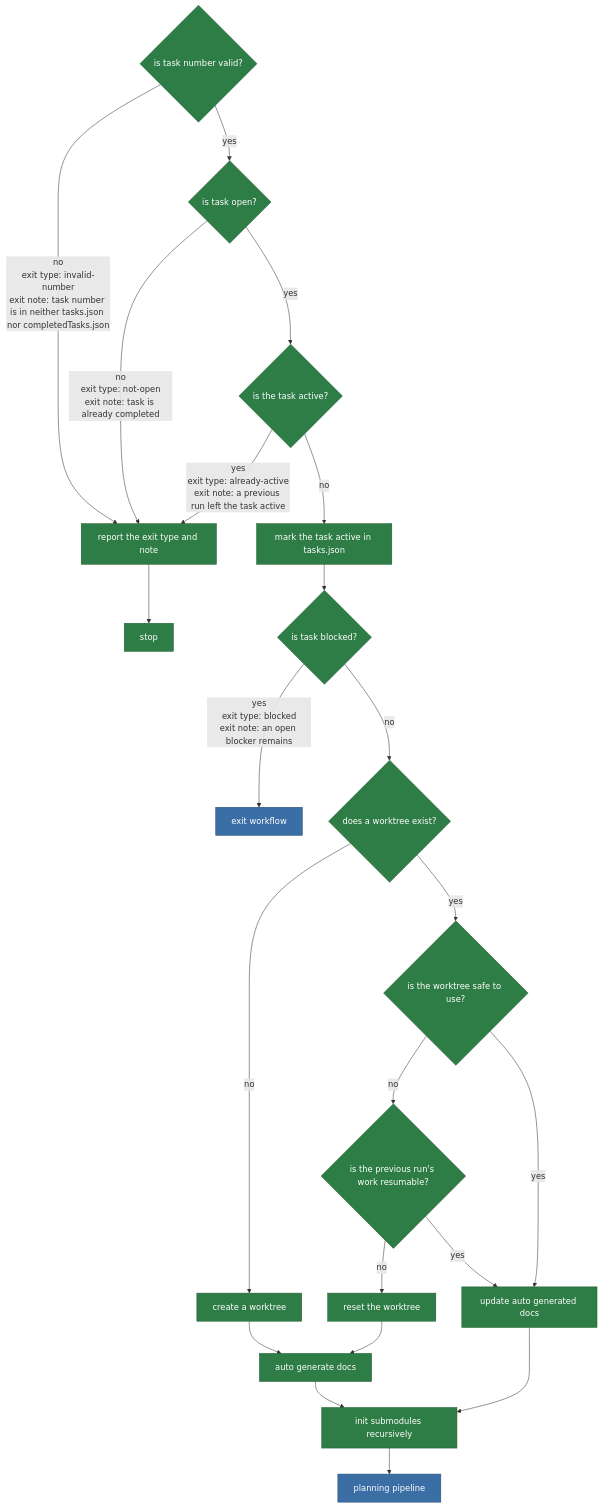
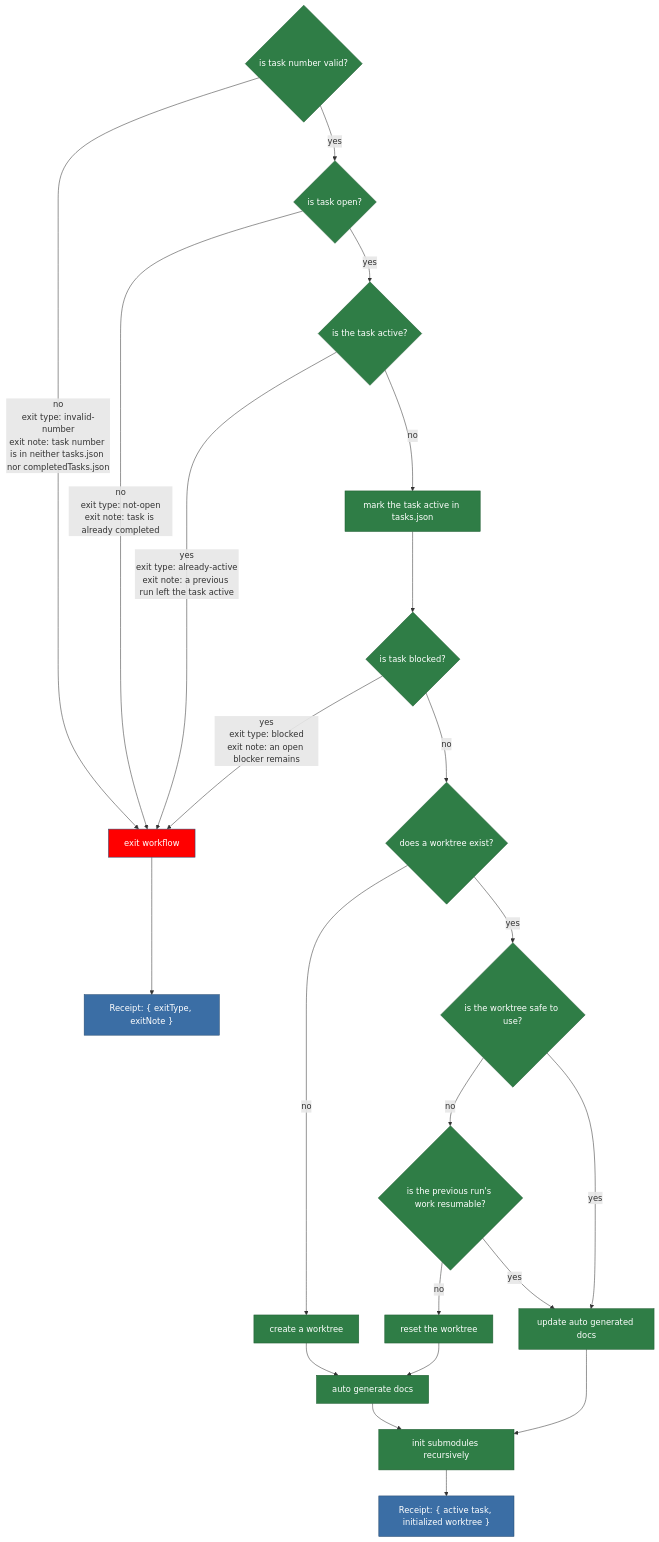
Before and after one commit to matkatmusic/taskTools: the diagram in plans/diagram/pipeline-preamble.mmd, drawn with Mermaid.

Commit message:
added receipt outputs to pipeline preamble

```diff
--- a/plans/diagram/pipeline-preamble.mmd
+++ b/plans/diagram/pipeline-preamble.mmd
@@ -1,73 +1,77 @@
 flowchart TB
 %% PREAMBLE PIPELINE. Split from pipeline.mmd. Starts at the task number.
-%% Ends by handing an initialized worktree to the planning pipeline, or a stop.
+%% Ends with an active task and an initialized worktree, or with an exit.
 %% Rules that apply everywhere, not steps:
 %%   1. Every git interaction goes through a script. Never prose.
 %%   2. Every read and write of tasks.json is atomic.
 %%   3. A script that fails operationally, as opposed to returning a verdict,
 %%      exits the run as run-failed. No step is retried after it has mutated
 %%      anything. How far the exit workflow can run depends on where the failure
 %%      happened, and there are three cases in this phase:
 %%        before the task is active - report and stop; there is no run to write to
 %%        active, no worktree      - exit workflow runs; modified files records []
 %%        active, with worktree    - exit workflow runs in full
 %%   4. A mutating box whose result is lost is never blindly retried and never
 %%      assumed failed. Each one has a read-only reconciliation check that reads
 %%      the world and decides whether it already happened. A safe idempotent
 %%      rerun happens only after reconciliation proves it did not complete. Only
 %%      an ambiguous loss is run-failed.
 %%   5. A task stays unavailable to another run from "mark the task active" until its
 %%      archive lands. "is the task active?" and "mark the task active" are drawn as two
 %%      boxes but are one atomic read-modify-write of tasks.json under rule 2: nothing can
 %%      make the task active between the two.
 %% Diamond definitions where the name alone is not enough:
 %%   is the worktree safe to use?      - structural: it opens, it is on the task's
 %%                                       branch, its submodules are intact
 %%   is the previous run's work resumable?
 %%                                     - did the previous implementor record where
 %%                                       in the plan it stopped?
 %% Exit types this pipeline can produce:
 %%   invalid-number     - not in tasks.json or completedTasks.json
 %%   not-open           - already completed
 %%   already-active     - a previous run left the task active
 %%   blocked            - an open blocker remains
 %%   run-failed         - a script failed operationally
 %% run-failed is deliberately not drawn as an edge. It can leave ANY green box,
 %% so drawing it would add one edge per box and hide the flow. Rule 3 is its
 %% specification: a non-zero exit from any script goes straight to the exit
 %% workflow with exit type run-failed and the script's stderr as the note.
+%% Every exit here goes to the exit workflow, which picks its own tail.
 %% invalid-number, not-open and already-active are the only exits that write
 %% nothing to tasks.json: the first two have no open task record to write to, and
-%% the third must not touch a run that belongs to another invocation. All three
-%% report and stop. Every other exit runs the exit workflow.
-%% The initialized worktree this pipeline emits is the input to the planning pipeline.
+%% the third must not touch a run that belongs to another invocation. The exit
+%% workflow gives those three its report-only tail; blocked and run-failed get
+%% the full tail. That choice is drawn there, not here.
+%% The active task and initialized worktree this pipeline emits are the input to
+%% the planning pipeline.
 
-  QV{"is task number valid?"} -- "no<br/>exit type: invalid-number<br/>exit note: task number is in neither tasks.json nor completedTasks.json" --> REPORTEDGE
+  QV{"is task number valid?"} -- "no<br/>exit type: invalid-number<br/>exit note: task number is in neither tasks.json nor completedTasks.json" --> EXITWF
   QV -- yes --> Q0{"is task open?"}
-  Q0 -- "no<br/>exit type: not-open<br/>exit note: task is already completed" --> REPORTEDGE
+  Q0 -- "no<br/>exit type: not-open<br/>exit note: task is already completed" --> EXITWF
   Q0 -- yes --> QA{"is the task active?"}
-  QA -- "yes<br/>exit type: already-active<br/>exit note: a previous run left the task active" --> REPORTEDGE
+  QA -- "yes<br/>exit type: already-active<br/>exit note: a previous run left the task active" --> EXITWF
   QA -- no --> MARK["mark the task active in tasks.json"]
   MARK --> QB{"is task blocked?"}
   QB -- "yes<br/>exit type: blocked<br/>exit note: an open blocker remains" --> EXITWF
   QB -- no --> Q1{"does a worktree exist?"}
   Q1 -- no --> NEW["create a worktree"]
   NEW --> GEN["auto generate docs"]
   GEN --> INIT
   Q1 -- yes --> QS{"is the worktree safe to use?"}
   QS -- no --> QRS{"is the previous run's work resumable?"}
   QRS -- no --> RESET["reset the worktree"]
   RESET --> GEN
   QRS -- yes --> UPD
   QS -- yes --> UPD["update auto generated docs"]
   UPD --> INIT["init submodules recursively"]
-  INIT --> NEXT["planning pipeline"]
+  INIT --> RECEIPT["Receipt: { active task, initialized worktree }"]
 
-  EXITWF["exit workflow"]
-  REPORTEDGE["report the exit type and note"] --> STOP["stop"]
+  EXITWF["exit workflow"] --> FAIL_RECEIPT["Receipt: { exitType, exitNote }" ]
 
   classDef script fill:#2f7d46,stroke:#1e5c31,color:#ffffff
   classDef prose fill:#e0b400,stroke:#a88600,color:#1a1a1a
   classDef output fill:#3b6ea5,stroke:#254a70,color:#ffffff
-  class QV,Q0,QA,MARK,QB,Q1,NEW,GEN,QS,QRS,RESET,UPD,INIT,REPORTEDGE,STOP script
-  class NEXT,EXITWF output
+  classDef fail fill:red,stroke:#254a70,color:#ffffff
+  class QV,Q0,QA,MARK,QB,Q1,NEW,GEN,QS,QRS,RESET,UPD,INIT script
+  class EXITWF fail
+  class RECEIPT,FAIL_RECEIPT output
```
